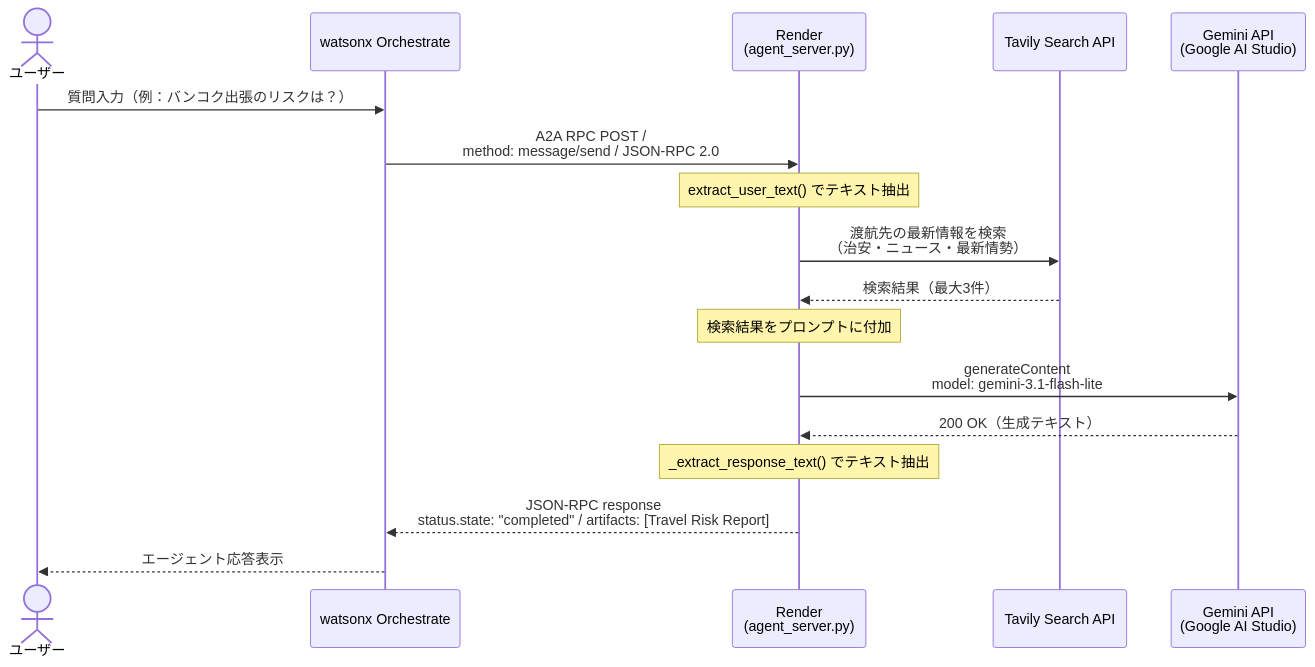
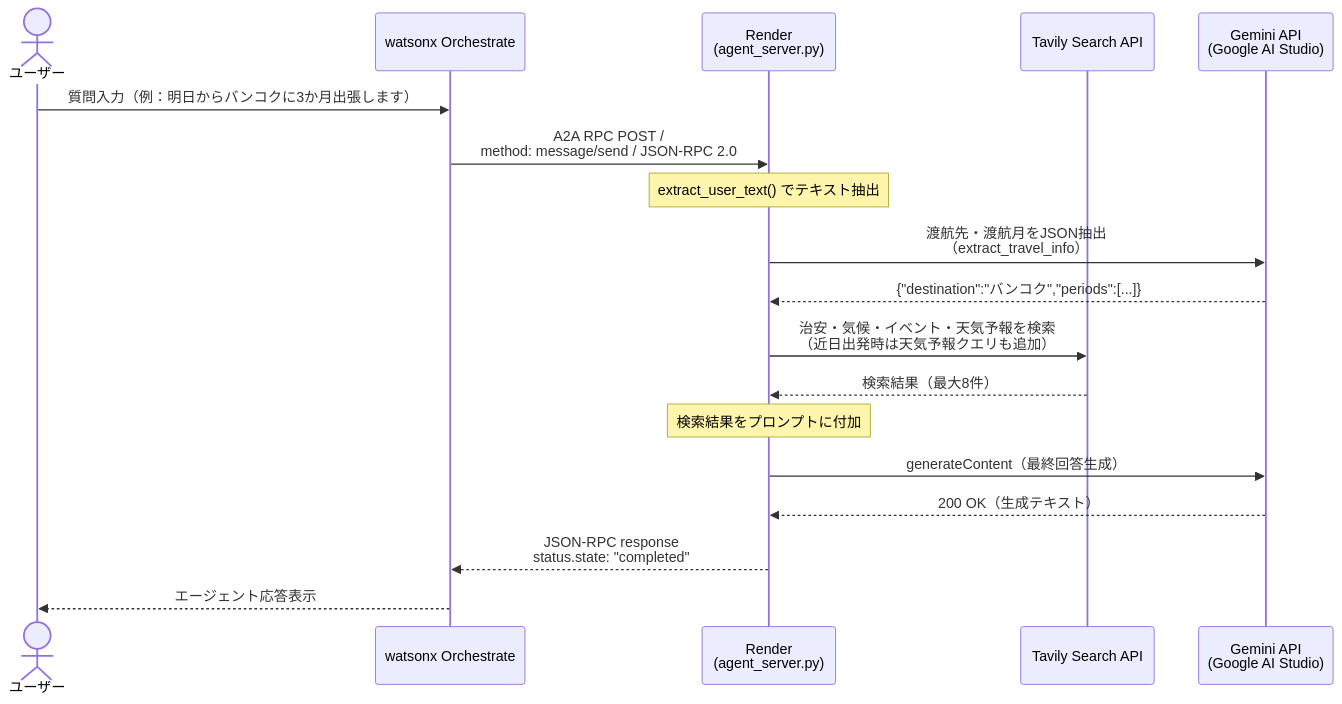
One commit to matsuo-iguazu/wxo-a2a-demo changed the diagram in handover.md. Above: the diagram before and after it, drawn with Mermaid. The commit also changed other lines of this file, not shown here.

Commit message:
Update handover.md: reflect Tavily+Gemini JSON extraction flow and current state

````diff
--- a/handover.md
+++ b/handover.md
@@ -10,20 +10,21 @@
 ```mermaid
 sequenceDiagram
     actor User as ユーザー
     participant wxO as watsonx Orchestrate
     participant Render as Render<br/>(agent_server.py)
     participant Tavily as Tavily Search API
     participant GeminiAPI as Gemini API<br/>(Google AI Studio)
 
-    User->>wxO: 質問入力（例：バンコク出張のリスクは？）
+    User->>wxO: 質問入力（例：明日からバンコクに3か月出張します）
     wxO->>Render: A2A RPC POST /<br/>method: message/send / JSON-RPC 2.0
     Note over Render: extract_user_text() でテキスト抽出
-    Render->>Tavily: 渡航先の最新情報を検索<br/>（治安・ニュース・最新情勢）
-    Tavily-->>Render: 検索結果（最大3件）
+    Render->>GeminiAPI: 渡航先・渡航月をJSON抽出<br/>（extract_travel_info）
+    GeminiAPI-->>Render: {"destination":"バンコク","periods":[...]}
+    Render->>Tavily: 治安・気候・イベント・天気予報を検索<br/>（近日出発時は天気予報クエリも追加）
+    Tavily-->>Render: 検索結果（最大8件）
     Note over Render: 検索結果をプロンプトに付加
-    Render->>GeminiAPI: generateContent<br/>model: gemini-3.1-flash-lite
+    Render->>GeminiAPI: generateContent（最終回答生成）
     GeminiAPI-->>Render: 200 OK（生成テキスト）
-    Note over Render: _extract_response_text() でテキスト抽出
-    Render-->>wxO: JSON-RPC response<br/>status.state: "completed" / artifacts: [Travel Risk Report]
+    Render-->>wxO: JSON-RPC response<br/>status.state: "completed"
     wxO-->>User: エージェント応答表示
 ```
````
